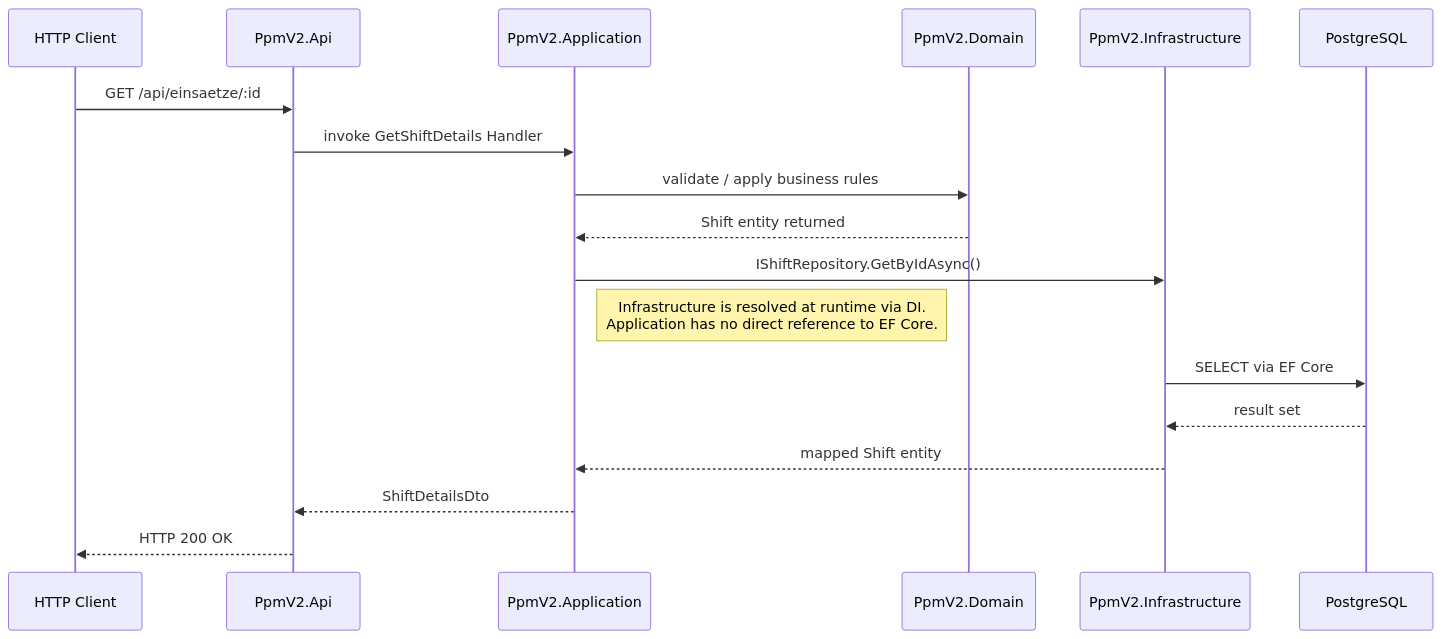
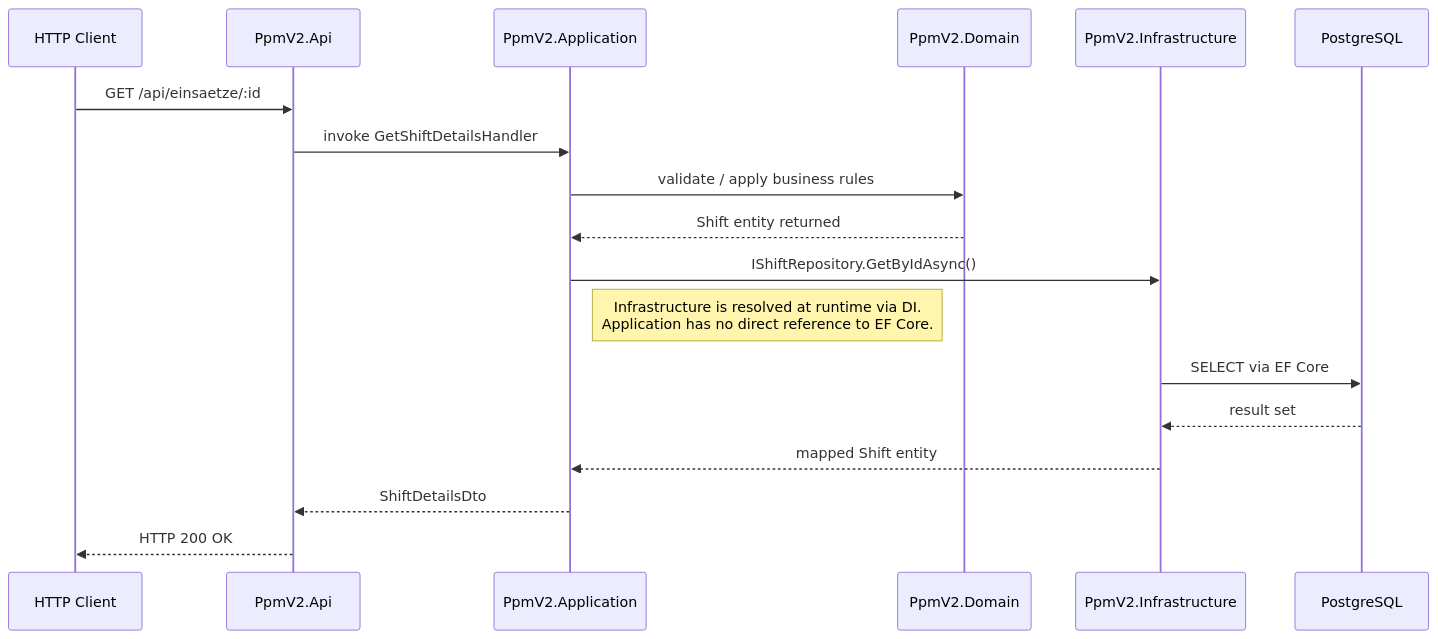
Before and after one commit to djzh23/PpmV2: the third of 3 diagrams in src/docs/architecture.md, drawn with Mermaid. The commit also changed other lines of this file and 2 other files, not shown here.

````diff
--- a/src/docs/architecture.md
+++ b/src/docs/architecture.md
@@ -147,21 +145,21 @@
 ```mermaid
 sequenceDiagram
     participant C  as HTTP Client
     participant A  as PpmV2.Api
     participant AP as PpmV2.Application
     participant D  as PpmV2.Domain
     participant I  as PpmV2.Infrastructure
     participant DB as PostgreSQL
 
     C  ->> A  : GET /api/einsaetze/:id
-    A  ->> AP : invoke GetShiftDetails Handler
+    A  ->> AP : invoke GetShiftDetailsHandler
     AP ->> D  : validate / apply business rules
     D  -->> AP: Shift entity returned
     AP ->> I  : IShiftRepository.GetByIdAsync()
     Note right of AP: Infrastructure is resolved at runtime via DI.<br/>Application has no direct reference to EF Core.
     I  ->> DB : SELECT via EF Core
     DB -->> I  : result set
     I  -->> AP : mapped Shift entity
     AP -->> A  : ShiftDetailsDto
     A  -->> C  : HTTP 200 OK
 ```
````
